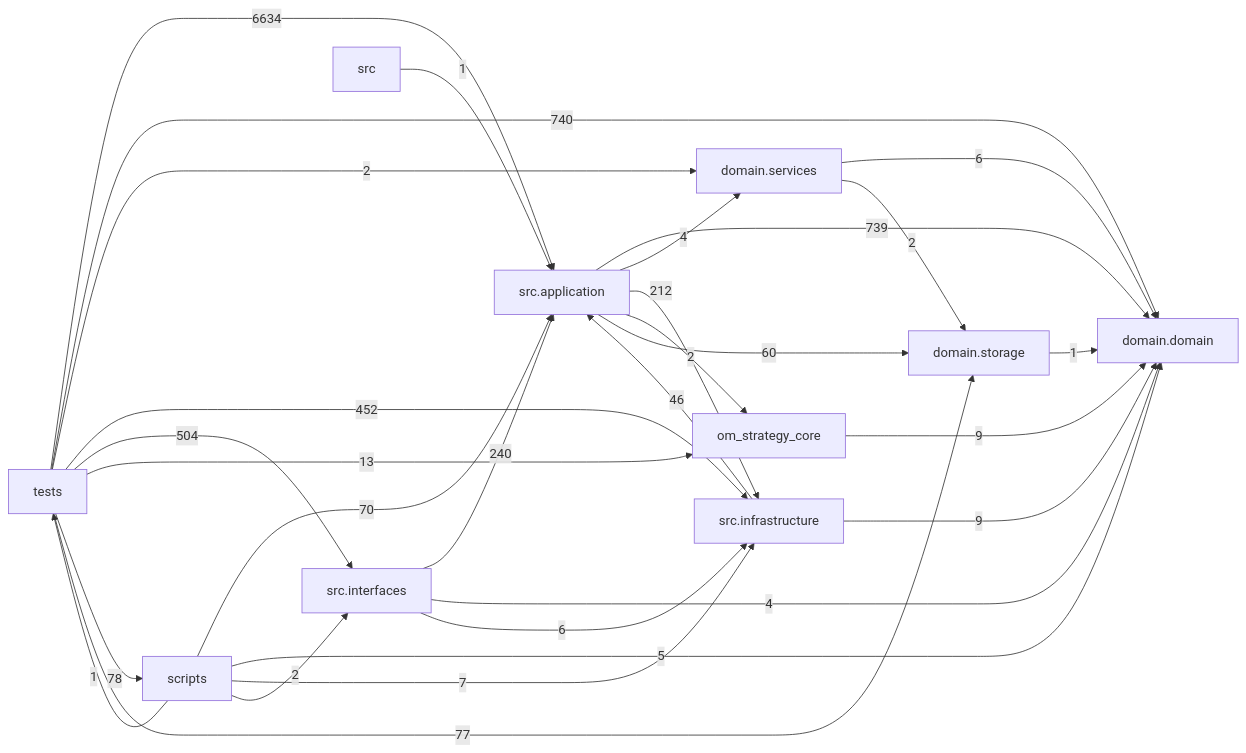
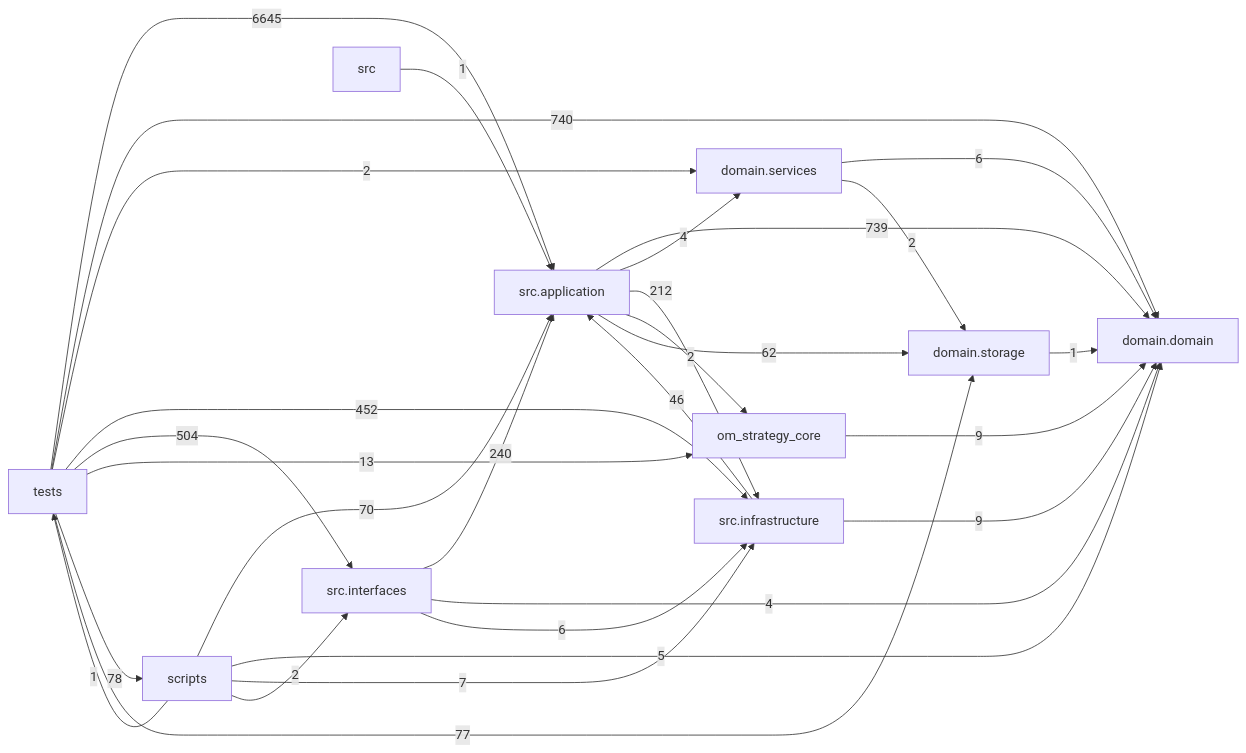
One commit to liuxie066/options-monitor changed the diagram in docs/DEPENDENCY_GRAPH.md. Above: the diagram before and after it, drawn with Mermaid. The commit also changed other lines of this file and 8 other files, not shown here.

````diff
--- a/docs/DEPENDENCY_GRAPH.md
+++ b/docs/DEPENDENCY_GRAPH.md
@@ -24,39 +24,39 @@
 ```mermaid
 flowchart LR
   tests["tests"]
   scripts["scripts"]
   interfaces["src.interfaces"]
   application["src.application"]
   infrastructure["src.infrastructure"]
   domain_services["domain.services"]
   domain["domain.domain"]
   storage["domain.storage"]
   application -->|739| domain
   application -->|4| domain_services
   application -->|212| infrastructure
   application -->|2| om_strategy_core
-  application -->|60| storage
+  application -->|62| storage
   domain_services -->|6| domain
   domain_services -->|2| storage
   infrastructure -->|46| application
   infrastructure -->|9| domain
   interfaces -->|240| application
   interfaces -->|4| domain
   interfaces -->|6| infrastructure
   om_strategy_core -->|9| domain
   scripts -->|70| application
   scripts -->|5| domain
   scripts -->|7| infrastructure
   scripts -->|2| interfaces
   scripts -->|1| tests
   src -->|1| application
   storage -->|1| domain
-  tests -->|6634| application
+  tests -->|6645| application
   tests -->|740| domain
   tests -->|2| domain_services
   tests -->|452| infrastructure
   tests -->|504| interfaces
   tests -->|13| om_strategy_core
   tests -->|78| scripts
   tests -->|77| storage
 ```
````
